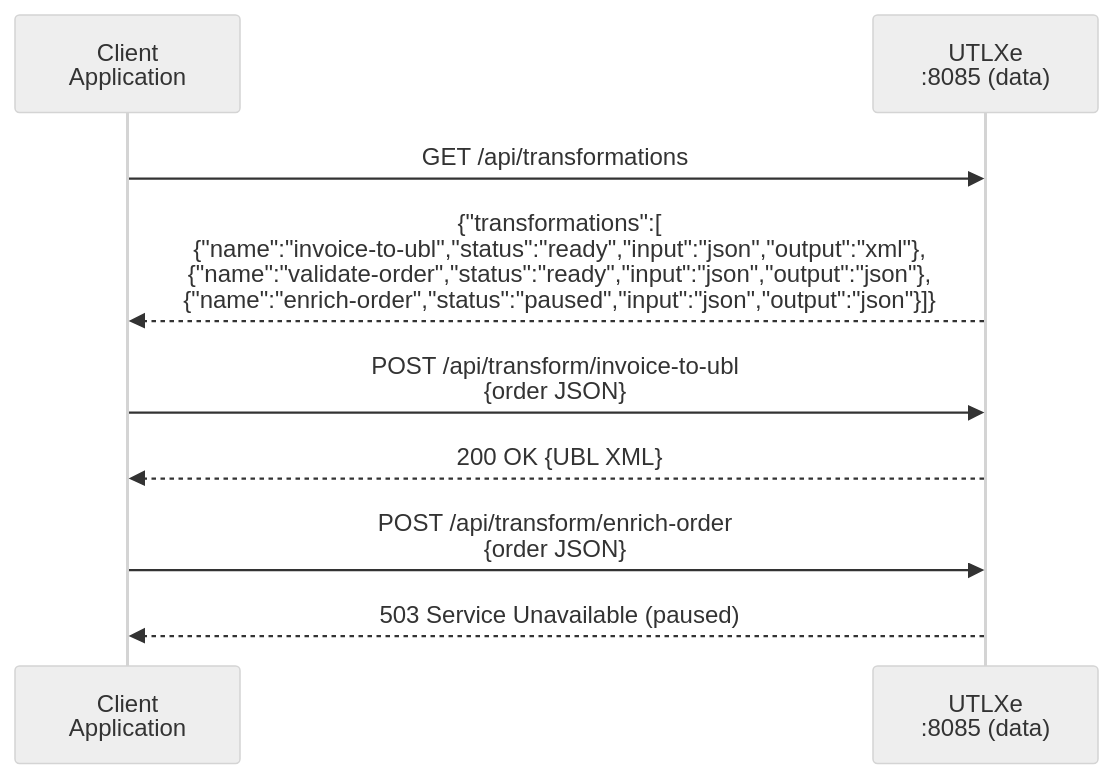
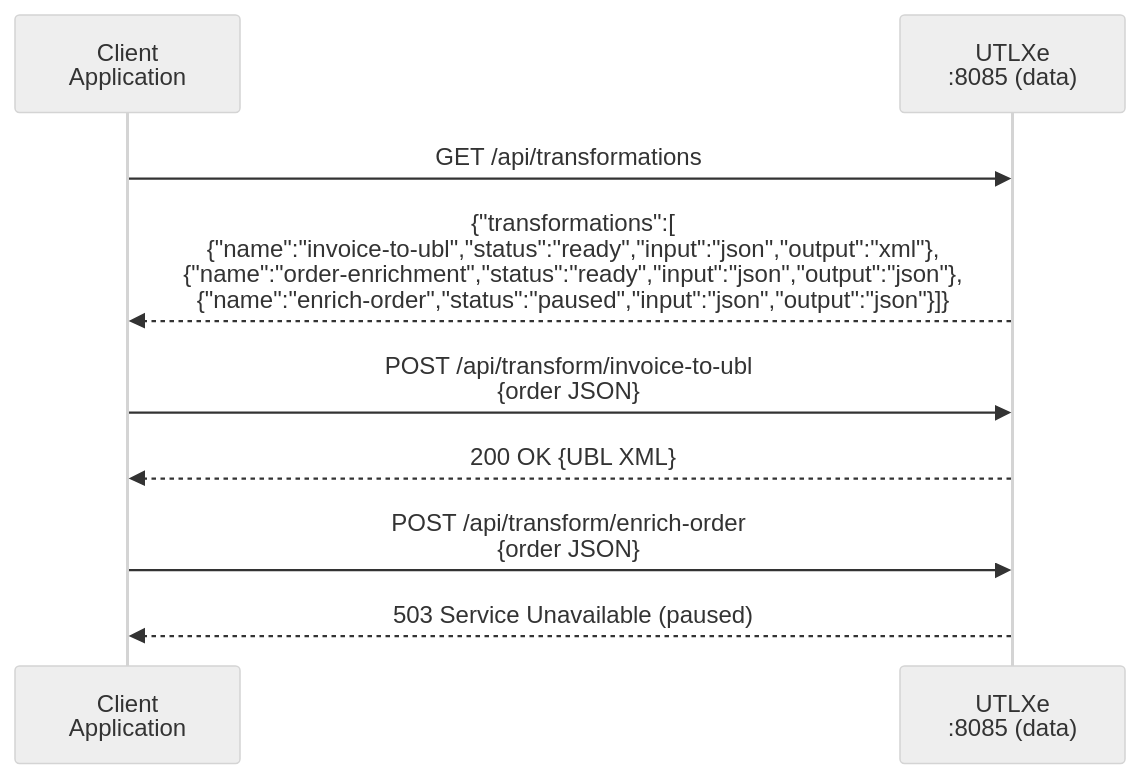
The sixth of 6 diagrams in docs/features/EF03-bundle-management-api.md (grauwen/utl-x), drawn with Mermaid before and after one commit. The commit also changed other lines of this file, not shown here.

````diff
--- a/docs/features/EF03-bundle-management-api.md
+++ b/docs/features/EF03-bundle-management-api.md
@@ -971,19 +971,19 @@
 ```mermaid
 ---
 config:
   look: handDrawn
   theme: neutral
 ---
 sequenceDiagram
     participant App as Client<br/>Application
     participant Data as UTLXe<br/>:8085 (data)
 
     App->>Data: GET /api/transformations
-    Data-->>App: {"transformations":[<br/>{"name":"invoice-to-ubl","status":"ready","input":"json","output":"xml"},<br/>{"name":"validate-order","status":"ready","input":"json","output":"json"},<br/>{"name":"enrich-order","status":"paused","input":"json","output":"json"}]}
+    Data-->>App: {"transformations":[<br/>{"name":"invoice-to-ubl","status":"ready","input":"json","output":"xml"},<br/>{"name":"order-enrichment","status":"ready","input":"json","output":"json"},<br/>{"name":"enrich-order","status":"paused","input":"json","output":"json"}]}
 
     App->>Data: POST /api/transform/invoice-to-ubl<br/>{order JSON}
     Data-->>App: 200 OK {UBL XML}
 
     App->>Data: POST /api/transform/enrich-order<br/>{order JSON}
     Data-->>App: 503 Service Unavailable (paused)
 ```
````
